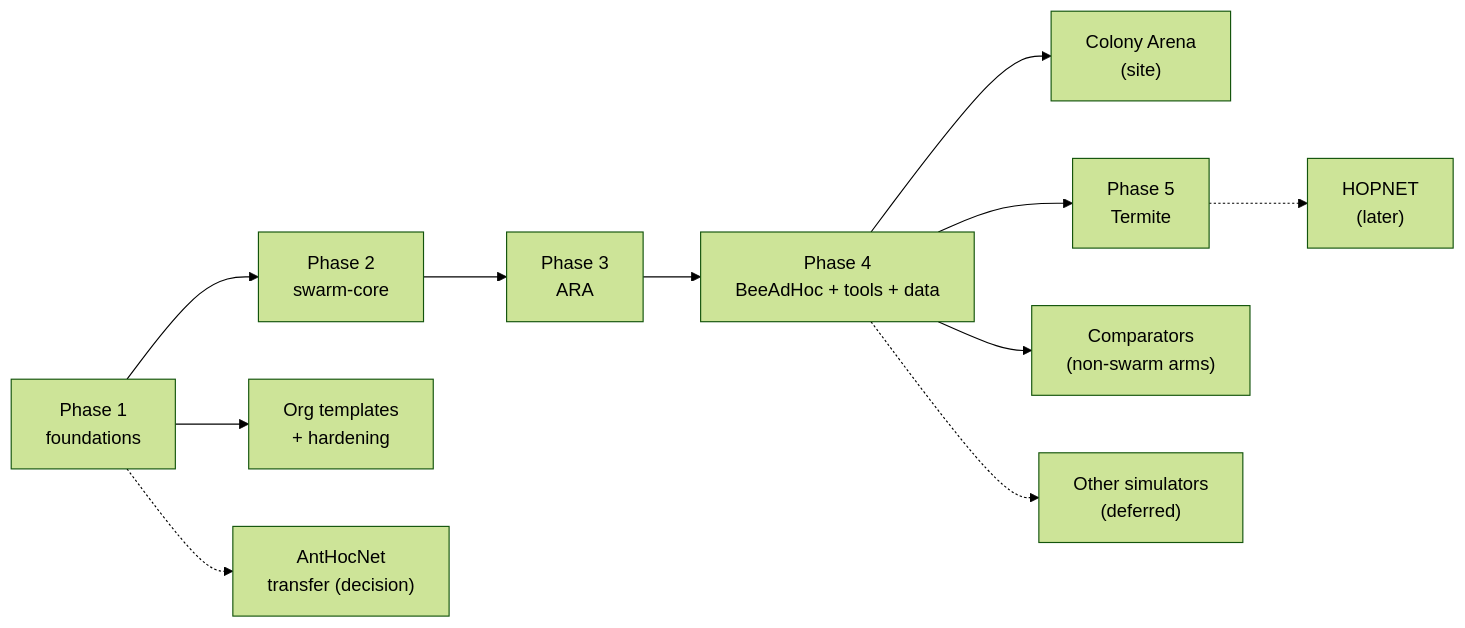
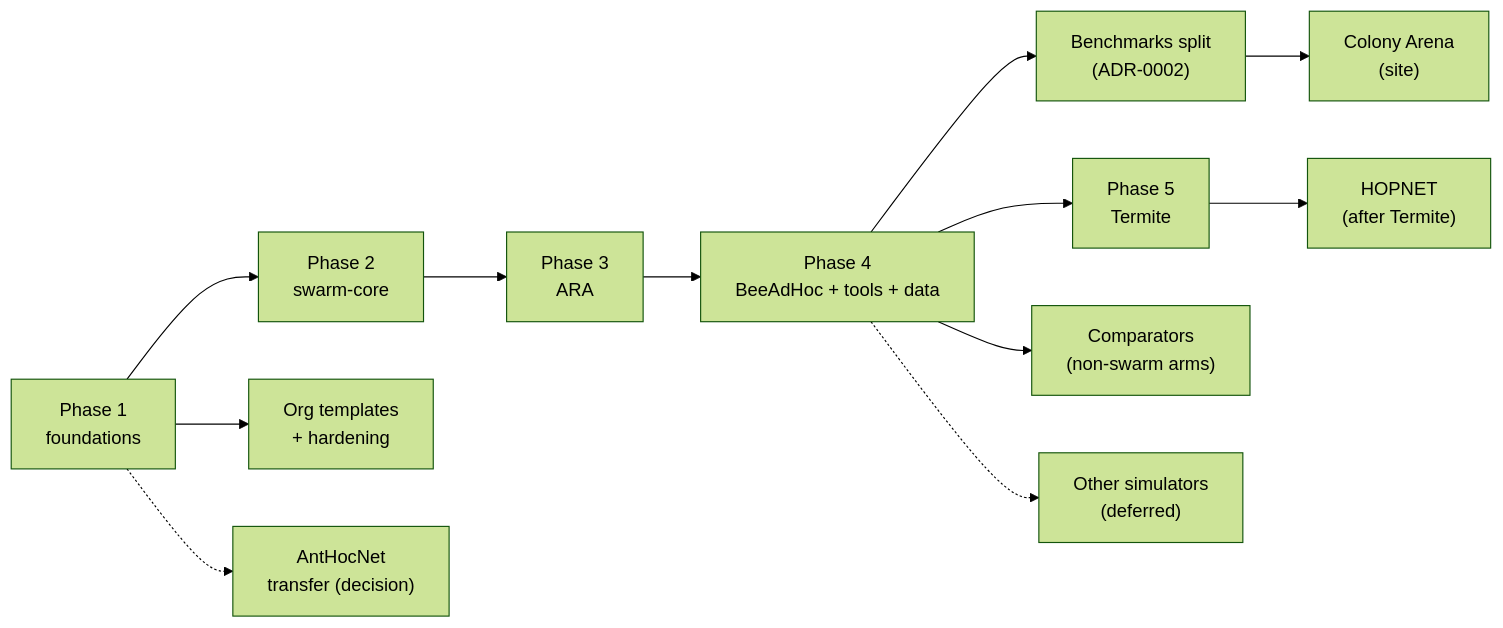
Before and after one commit to swarm-routing/.github: the diagram in ROADMAP.md, drawn with Mermaid (forest theme). The commit also changed other lines of this file, not shown here.

First line of the commit message:
docs(roadmap): status after 2026-11-10 — data format done, swarm-core primitives merged, benchmarks split (adr-0002) (#163)

````diff
--- a/ROADMAP.md
+++ b/ROADMAP.md
@@ -23,13 +23,14 @@
 ```mermaid
 flowchart LR
   P1["Phase 1<br/>foundations"] --> P2["Phase 2<br/>swarm-core"]
   P2 --> P3["Phase 3<br/>ARA"]
   P3 --> P4["Phase 4<br/>BeeAdHoc + tools + data"]
-  P4 --> S["Colony Arena<br/>(site)"]
+  P4 --> B["Benchmarks split<br/>(ADR-0002)"]
+  B --> S["Colony Arena<br/>(site)"]
   P4 --> P5["Phase 5<br/>Termite"]
-  P5 -.-> H["HOPNET<br/>(later)"]
+  P5 --> H["HOPNET<br/>(after Termite)"]
   P1 --> O["Org templates<br/>+ hardening"]
   P4 --> C["Comparators<br/>(non-swarm arms)"]
   P1 -.-> T["AntHocNet<br/>transfer (decision)"]
   P4 -.-> X["Other simulators<br/>(deferred)"]
 ```
````
